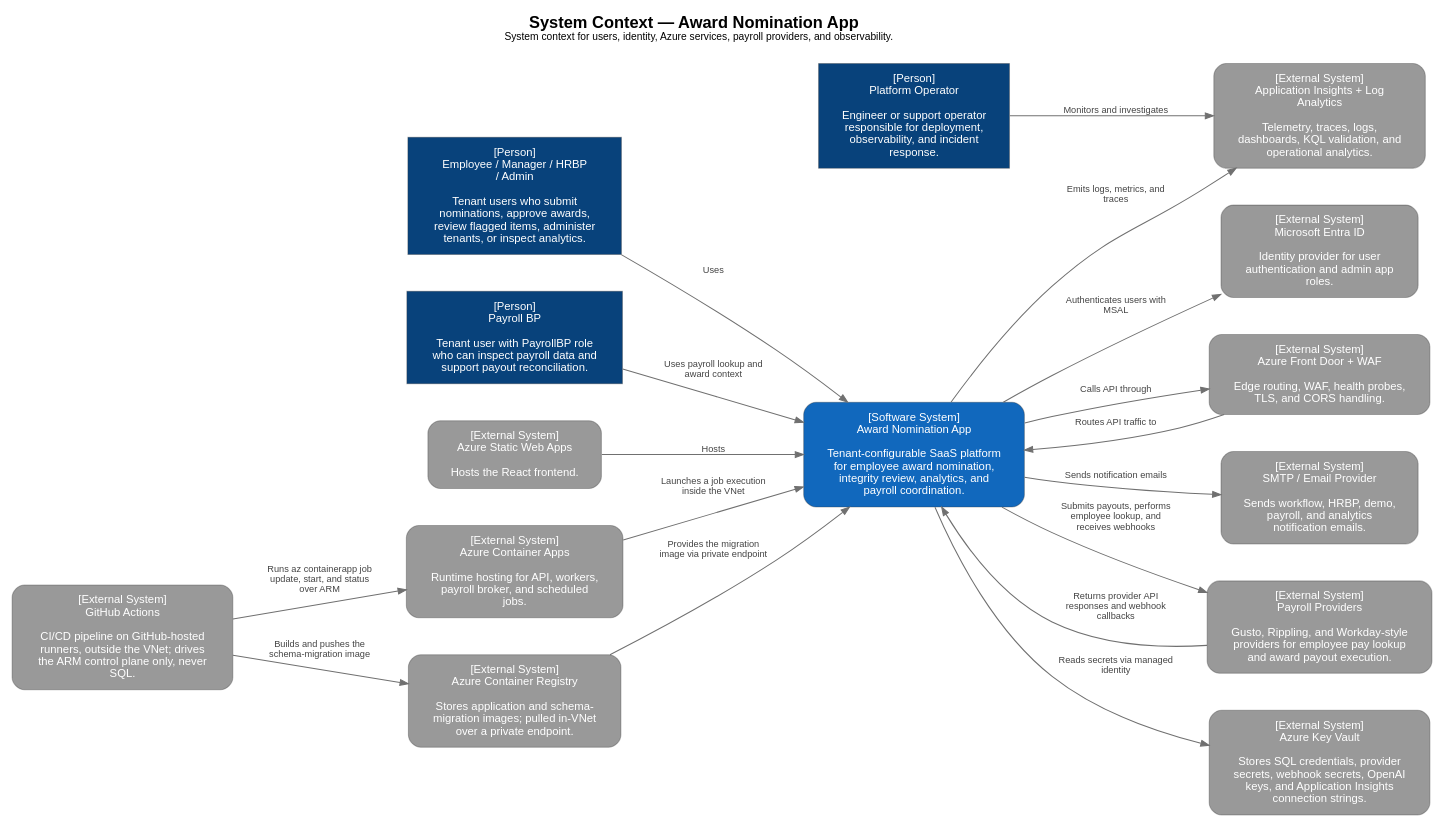
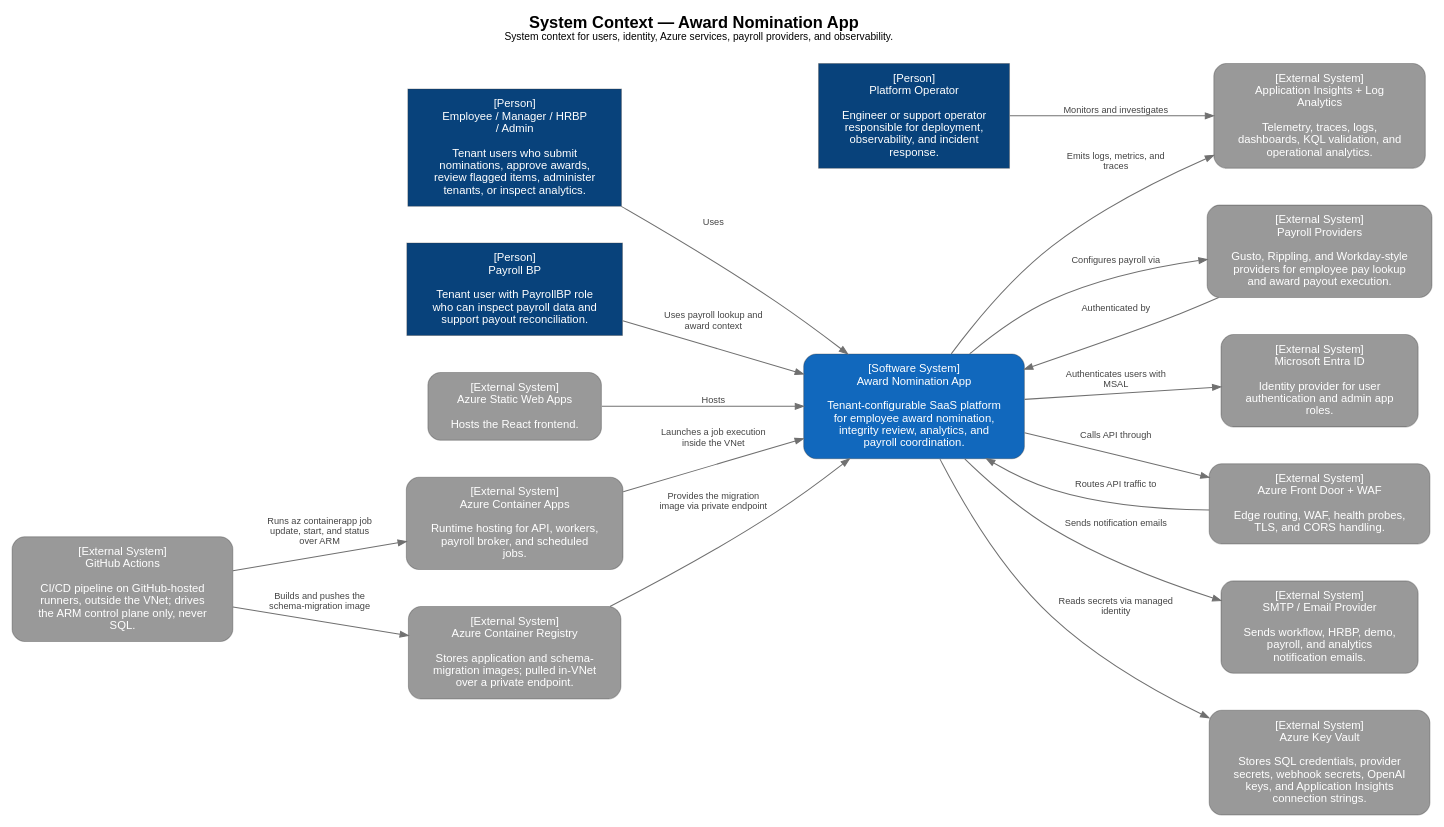
Before and after one commit to DTerian64/David64_Award_Nominations: the diagram in Documentation_Structured/diagrams/exports/SystemContext.dot, drawn with Graphviz. The commit also changed 8 other files, not shown here.

```diff
--- a/Documentation_Structured/diagrams/exports/SystemContext.dot
+++ b/Documentation_Structured/diagrams/exports/SystemContext.dot
@@ -1,39 +1,39 @@
 digraph G {
   rankdir=LR;
   bgcolor="white";
   nodesep=0.5; ranksep=0.75; splines=true; concentrate=false;
   graph [fontname="Helvetica", labelloc="t", label=<<b>System Context — Award Nomination App</b><br/><font point-size="10">System context for users, identity, Azure services, payroll providers, and observability.</font><br/> >, fontsize=16];
   node [margin="0.18,0.12"];
   edge [arrowsize=0.8];
 
   "award" [shape=box, style="rounded,filled", fillcolor="#1168bd", fontcolor="#ffffff", color="#33333355", penwidth=1, fontname="Helvetica", fontsize=11, label="[Software System]\nAward Nomination App\n \nTenant-configurable SaaS platform\nfor employee award nomination,\nintegrity review, analytics, and\npayroll coordination."];
   "employee" [shape=box, style="filled", fillcolor="#08427b", fontcolor="#ffffff", color="#33333355", penwidth=1, fontname="Helvetica", fontsize=11, label="[Person]\nEmployee / Manager / HRBP\n/ Admin\n \nTenant users who submit\nnominations, approve awards,\nreview flagged items, administer\ntenants, or inspect analytics."];
   "payrollBp" [shape=box, style="filled", fillcolor="#08427b", fontcolor="#ffffff", color="#33333355", penwidth=1, fontname="Helvetica", fontsize=11, label="[Person]\nPayroll BP\n \nTenant user with PayrollBP role\nwho can inspect payroll data and\nsupport payout reconciliation."];
   "platformOperator" [shape=box, style="filled", fillcolor="#08427b", fontcolor="#ffffff", color="#33333355", penwidth=1, fontname="Helvetica", fontsize=11, label="[Person]\nPlatform Operator\n \nEngineer or support operator\nresponsible for deployment,\nobservability, and incident\nresponse."];
+  "payrollProviders" [shape=box, style="rounded,filled", fillcolor="#999999", fontcolor="#ffffff", color="#33333355", penwidth=1, fontname="Helvetica", fontsize=11, label="[External System]\nPayroll Providers\n \nGusto, Rippling, and Workday-style\nproviders for employee pay lookup\nand award payout execution."];
   "entra" [shape=box, style="rounded,filled", fillcolor="#999999", fontcolor="#ffffff", color="#33333355", penwidth=1, fontname="Helvetica", fontsize=11, label="[External System]\nMicrosoft Entra ID\n \nIdentity provider for user\nauthentication and admin app\nroles."];
   "frontDoor" [shape=box, style="rounded,filled", fillcolor="#999999", fontcolor="#ffffff", color="#33333355", penwidth=1, fontname="Helvetica", fontsize=11, label="[External System]\nAzure Front Door + WAF\n \nEdge routing, WAF, health probes,\nTLS, and CORS handling."];
   "staticWebApps" [shape=box, style="rounded,filled", fillcolor="#999999", fontcolor="#ffffff", color="#33333355", penwidth=1, fontname="Helvetica", fontsize=11, label="[External System]\nAzure Static Web Apps\n \nHosts the React frontend."];
   "smtp" [shape=box, style="rounded,filled", fillcolor="#999999", fontcolor="#ffffff", color="#33333355", penwidth=1, fontname="Helvetica", fontsize=11, label="[External System]\nSMTP / Email Provider\n \nSends workflow, HRBP, demo,\npayroll, and analytics\nnotification emails."];
-  "payrollProviders" [shape=box, style="rounded,filled", fillcolor="#999999", fontcolor="#ffffff", color="#33333355", penwidth=1, fontname="Helvetica", fontsize=11, label="[External System]\nPayroll Providers\n \nGusto, Rippling, and Workday-style\nproviders for employee pay lookup\nand award payout execution."];
   "appInsights" [shape=box, style="rounded,filled", fillcolor="#999999", fontcolor="#ffffff", color="#33333355", penwidth=1, fontname="Helvetica", fontsize=11, label="[External System]\nApplication Insights + Log\nAnalytics\n \nTelemetry, traces, logs,\ndashboards, KQL validation, and\noperational analytics."];
   "keyVault" [shape=box, style="rounded,filled", fillcolor="#999999", fontcolor="#ffffff", color="#33333355", penwidth=1, fontname="Helvetica", fontsize=11, label="[External System]\nAzure Key Vault\n \nStores SQL credentials, provider\nsecrets, webhook secrets, OpenAI\nkeys, and Application Insights\nconnection strings."];
   "containerApps" [shape=box, style="rounded,filled", fillcolor="#999999", fontcolor="#ffffff", color="#33333355", penwidth=1, fontname="Helvetica", fontsize=11, label="[External System]\nAzure Container Apps\n \nRuntime hosting for API, workers,\npayroll broker, and scheduled\njobs."];
   "github" [shape=box, style="rounded,filled", fillcolor="#999999", fontcolor="#ffffff", color="#33333355", penwidth=1, fontname="Helvetica", fontsize=11, label="[External System]\nGitHub Actions\n \nCI/CD pipeline on GitHub-hosted\nrunners, outside the VNet; drives\nthe ARM control plane only, never\nSQL."];
   "acr" [shape=box, style="rounded,filled", fillcolor="#999999", fontcolor="#ffffff", color="#33333355", penwidth=1, fontname="Helvetica", fontsize=11, label="[External System]\nAzure Container Registry\n \nStores application and schema-\nmigration images; pulled in-VNet\nover a private endpoint."];
+  "award" -> "payrollProviders" [color="#707070", fontcolor="#444444", fontname="Helvetica", fontsize=9, penwidth=1, label="Configures payroll via"];
+  "payrollProviders" -> "award" [color="#707070", fontcolor="#444444", fontname="Helvetica", fontsize=9, penwidth=1, label="Authenticated by"];
   "employee" -> "award" [color="#707070", fontcolor="#444444", fontname="Helvetica", fontsize=9, penwidth=1, label="Uses"];
   "payrollBp" -> "award" [color="#707070", fontcolor="#444444", fontname="Helvetica", fontsize=9, penwidth=1, label="Uses payroll lookup and\naward context"];
   "platformOperator" -> "appInsights" [color="#707070", fontcolor="#444444", fontname="Helvetica", fontsize=9, penwidth=1, label="Monitors and investigates"];
   "award" -> "entra" [color="#707070", fontcolor="#444444", fontname="Helvetica", fontsize=9, penwidth=1, label="Authenticates users with\nMSAL"];
   "award" -> "frontDoor" [color="#707070", fontcolor="#444444", fontname="Helvetica", fontsize=9, penwidth=1, label="Calls API through"];
   "staticWebApps" -> "award" [color="#707070", fontcolor="#444444", fontname="Helvetica", fontsize=9, penwidth=1, label="Hosts"];
   "frontDoor" -> "award" [color="#707070", fontcolor="#444444", fontname="Helvetica", fontsize=9, penwidth=1, label="Routes API traffic to"];
   "award" -> "appInsights" [color="#707070", fontcolor="#444444", fontname="Helvetica", fontsize=9, penwidth=1, label="Emits logs, metrics, and\ntraces"];
   "award" -> "keyVault" [color="#707070", fontcolor="#444444", fontname="Helvetica", fontsize=9, penwidth=1, label="Reads secrets via managed\nidentity"];
   "award" -> "smtp" [color="#707070", fontcolor="#444444", fontname="Helvetica", fontsize=9, penwidth=1, label="Sends notification emails"];
-  "award" -> "payrollProviders" [color="#707070", fontcolor="#444444", fontname="Helvetica", fontsize=9, penwidth=1, label="Submits payouts, performs\nemployee lookup, and\nreceives webhooks"];
-  "payrollProviders" -> "award" [color="#707070", fontcolor="#444444", fontname="Helvetica", fontsize=9, penwidth=1, label="Returns provider API\nresponses and webhook\ncallbacks"];
   "github" -> "acr" [color="#707070", fontcolor="#444444", fontname="Helvetica", fontsize=9, penwidth=1, label="Builds and pushes the\nschema-migration image"];
   "github" -> "containerApps" [color="#707070", fontcolor="#444444", fontname="Helvetica", fontsize=9, penwidth=1, label="Runs az containerapp job\nupdate, start, and status\nover ARM"];
   "containerApps" -> "award" [color="#707070", fontcolor="#444444", fontname="Helvetica", fontsize=9, penwidth=1, label="Launches a job execution\ninside the VNet"];
   "acr" -> "award" [color="#707070", fontcolor="#444444", fontname="Helvetica", fontsize=9, penwidth=1, label="Provides the migration\nimage via private endpoint"];
 }
```
